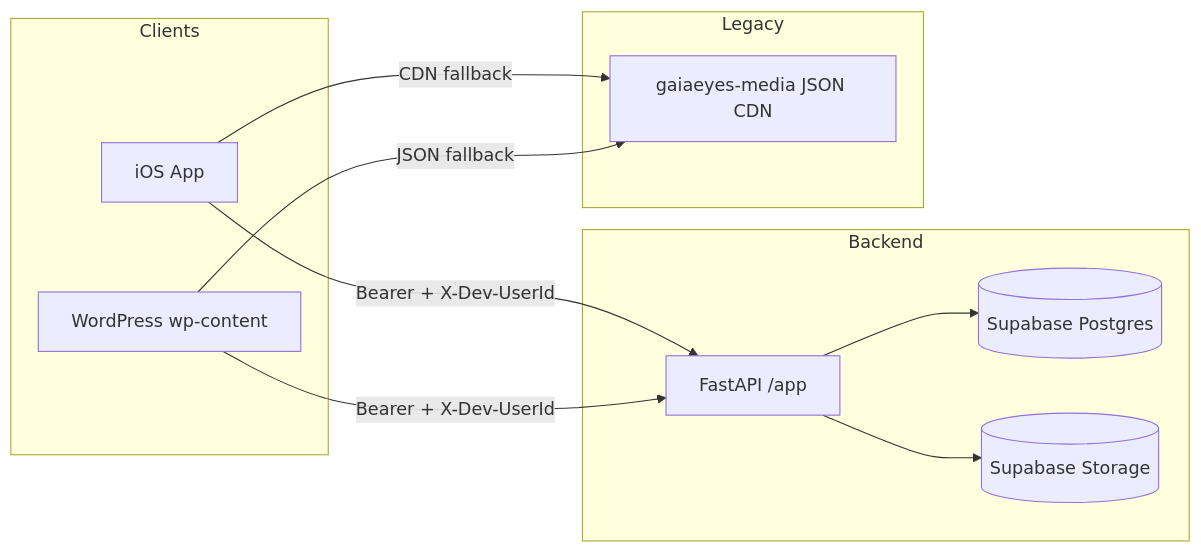
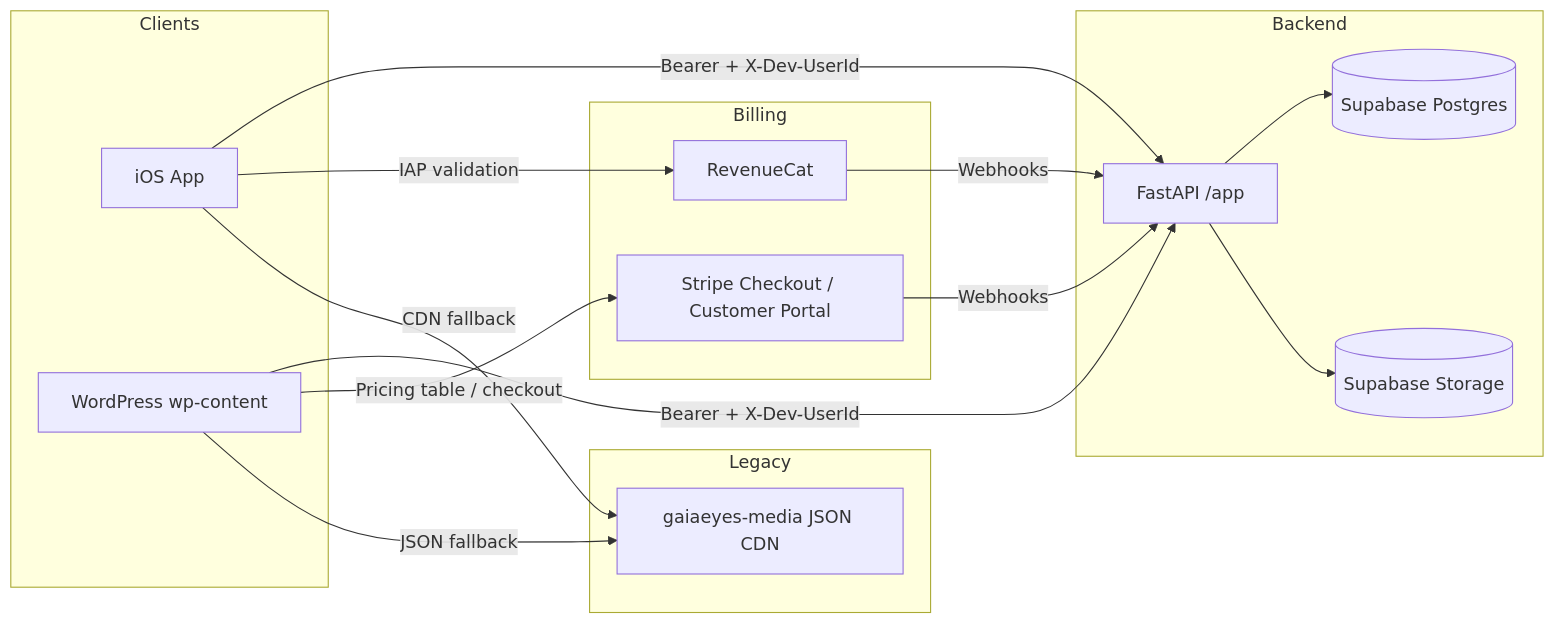
One commit to GaiaEyesHQ/gaiaeyes-backend changed the first of 6 diagrams in docs/ARCHITECTURE.md. Above: the diagram before and after it, drawn with Mermaid. The commit also changed other lines of this file and 2 other files, not shown here.

````diff
--- a/docs/ARCHITECTURE.md
+++ b/docs/ARCHITECTURE.md
@@ -4,24 +4,37 @@
 ```mermaid
 flowchart LR
   subgraph Clients
     IOS[iOS App]
     WP[WordPress wp-content]
   end
 
   subgraph Backend
     API[FastAPI /app]
     DB[(Supabase Postgres)]
     Storage[(Supabase Storage)]
   end
 
+  subgraph Billing
+    STRIPE[Stripe Checkout / Customer Portal]
+    RC[RevenueCat]
+  end
+
   IOS -->|Bearer + X-Dev-UserId| API
   WP -->|Bearer + X-Dev-UserId| API
   API --> DB
   API --> Storage
+
+  %% Web: Stripe pricing table / checkout from WP
+  WP -->|Pricing table / checkout| STRIPE
+  STRIPE -->|Webhooks| API
+
+  %% iOS: IAP via RevenueCat
+  IOS -->|IAP validation| RC
+  RC -->|Webhooks| API
 
   subgraph Legacy
     Media[gaiaeyes-media JSON CDN]
   end
   IOS -->|CDN fallback| Media
   WP -->|JSON fallback| Media
 ```
````
